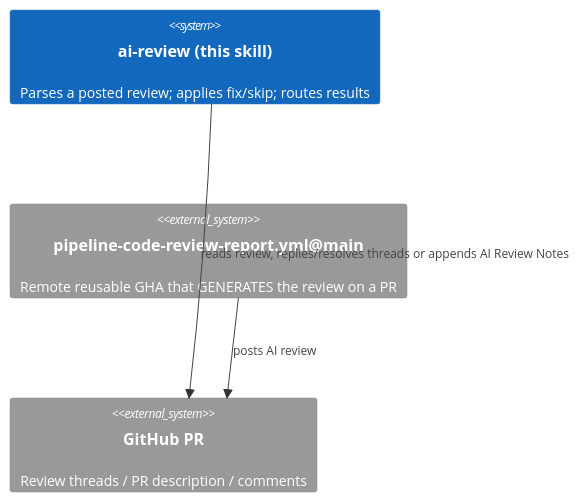
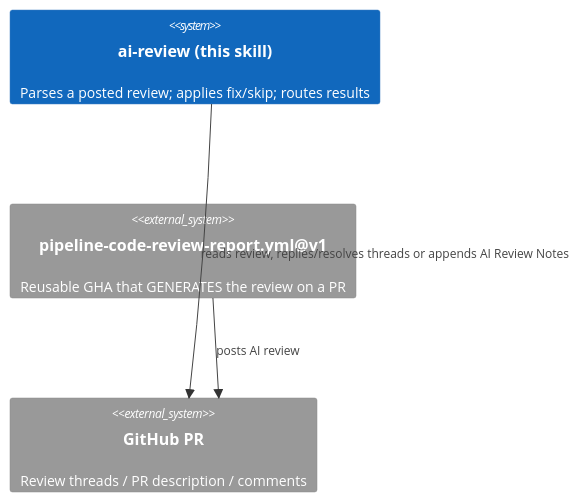
One commit to generic-automation-and-it/smooth-llm-imposter changed the diagram in .agents/skills/ai-review/AGENTS.md. Above: the diagram before and after it, drawn with Mermaid. The commit also changed other lines of this file and 4 other files, not shown here.

````diff
--- a/.agents/skills/ai-review/AGENTS.md
+++ b/.agents/skills/ai-review/AGENTS.md
@@ -15,8 +15,8 @@
 ```mermaid
 C4Context
   System(consumer, "ai-review (this skill)", "Parses a posted review; applies fix/skip; routes results")
-  System_Ext(gha, "pipeline-code-review-report.yml@main", "Remote reusable GHA that GENERATES the review on a PR")
+  System_Ext(gha, "pipeline-code-review-report.yml@v1", "Reusable GHA that GENERATES the review on a PR")
   System_Ext(gh, "GitHub PR", "Review threads / PR description / comments")
   Rel(gha, gh, "posts AI review")
   Rel(consumer, gh, "reads review, replies/resolves threads or appends AI Review Notes")
 ```
````
